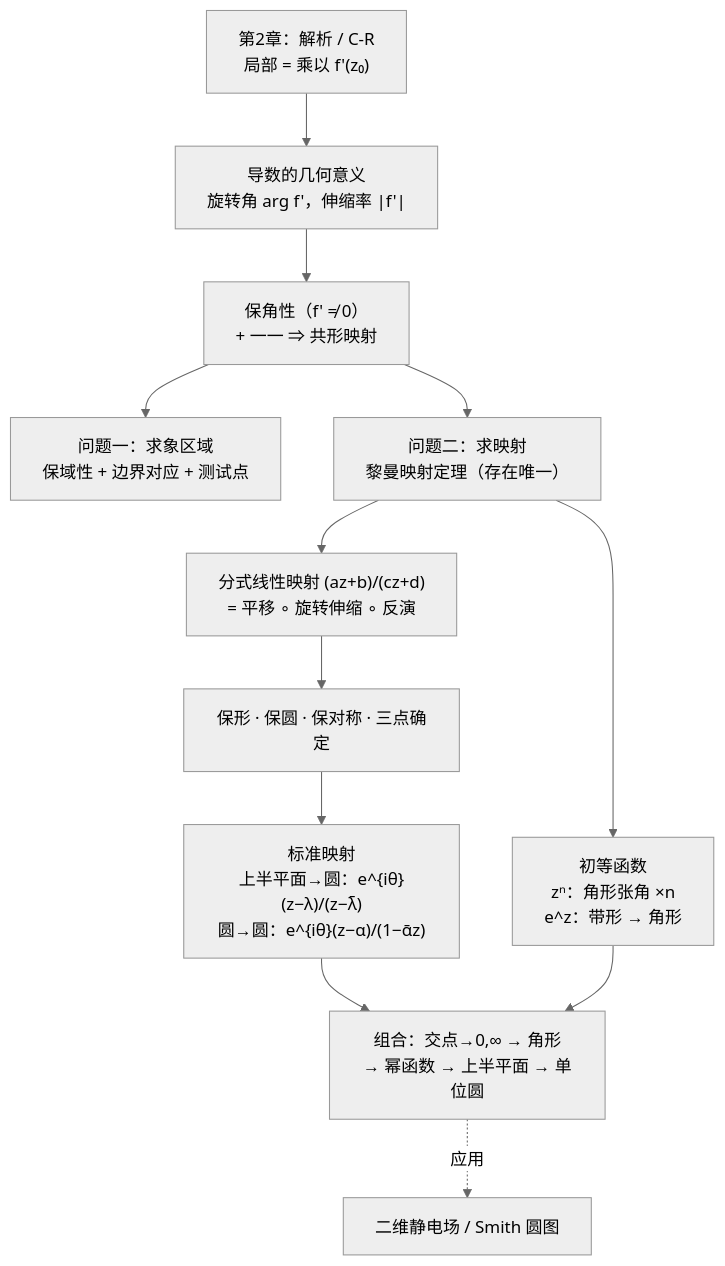
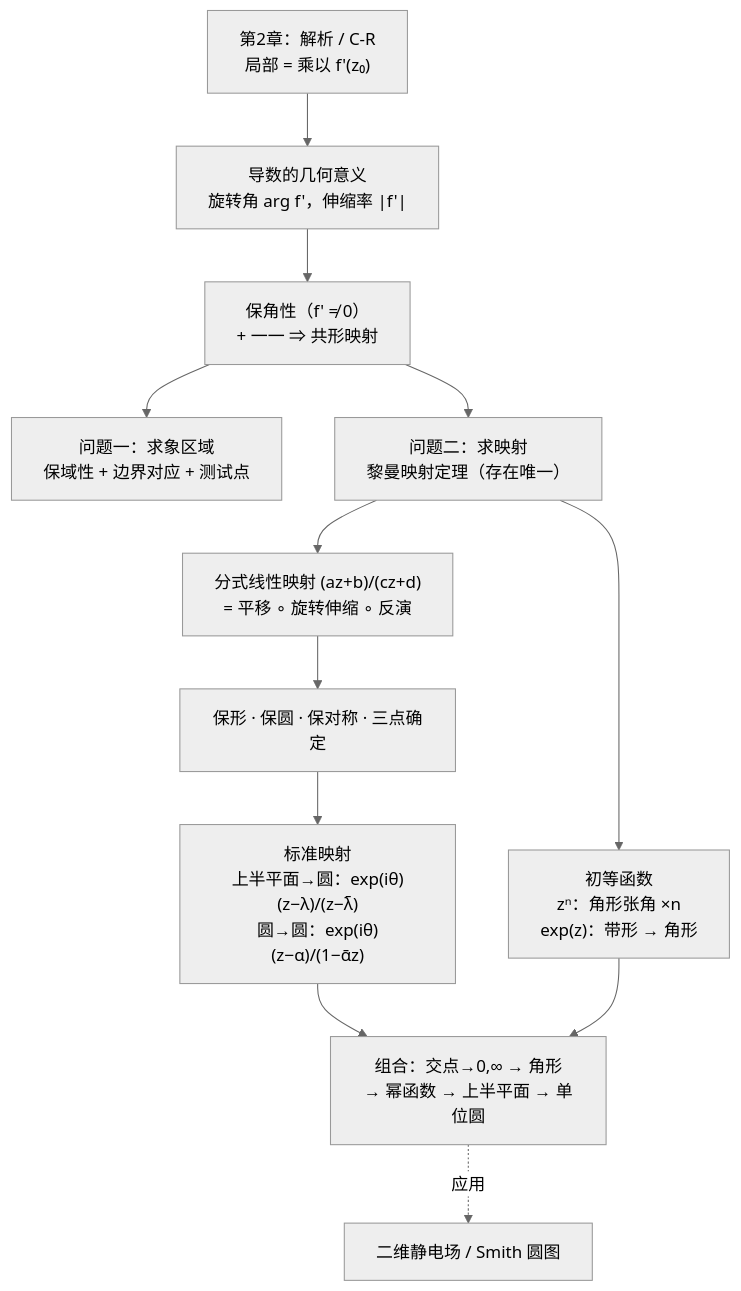
One commit to cockroach-f/complex-functions changed the diagram in docs/ch6.md. Above: the diagram before and after it, drawn with Mermaid (neutral theme). The commit also changed 1 other file, not shown here.

Commit message:
归纳图里的指数改成 exp，避免 ^ 和花括号原样显示。

````diff
--- a/docs/ch6.md
+++ b/docs/ch6.md
@@ -393,14 +393,14 @@
     ```mermaid
     flowchart TD
         CR["第2章：解析 / C-R<br/>局部 = 乘以 f'(z₀)"] --> GEO["导数的几何意义<br/>旋转角 arg f'，伸缩率 |f'|"]
         GEO --> CONF["保角性（f' ≠ 0）<br/>+ 一一 ⇒ 共形映射"]
         CONF --> P1["问题一：求象区域<br/>保域性 + 边界对应 + 测试点"]
         CONF --> P2["问题二：求映射<br/>黎曼映射定理（存在唯一）"]
         P2 --> MOB["分式线性映射 (az+b)/(cz+d)<br/>= 平移 ∘ 旋转伸缩 ∘ 反演"]
         MOB --> PROP["保形 · 保圆 · 保对称 · 三点确定"]
-        PROP --> STD["标准映射<br/>上半平面→圆：e^{iθ}(z−λ)/(z−λ̄)<br/>圆→圆：e^{iθ}(z−α)/(1−ᾱz)"]
-        P2 --> ELEM["初等函数<br/>zⁿ：角形张角 ×n<br/>e^z：带形 → 角形"]
+        PROP --> STD["标准映射<br/>上半平面→圆：exp(iθ)(z−λ)/(z−λ̄)<br/>圆→圆：exp(iθ)(z−α)/(1−ᾱz)"]
+        P2 --> ELEM["初等函数<br/>zⁿ：角形张角 ×n<br/>exp(z)：带形 → 角形"]
         STD --> COMB["组合：交点→0,∞ → 角形<br/>→ 幂函数 → 上半平面 → 单位圆"]
         ELEM --> COMB
         COMB -.应用.-> APP["二维静电场 / Smith 圆图"]
     ```
````
